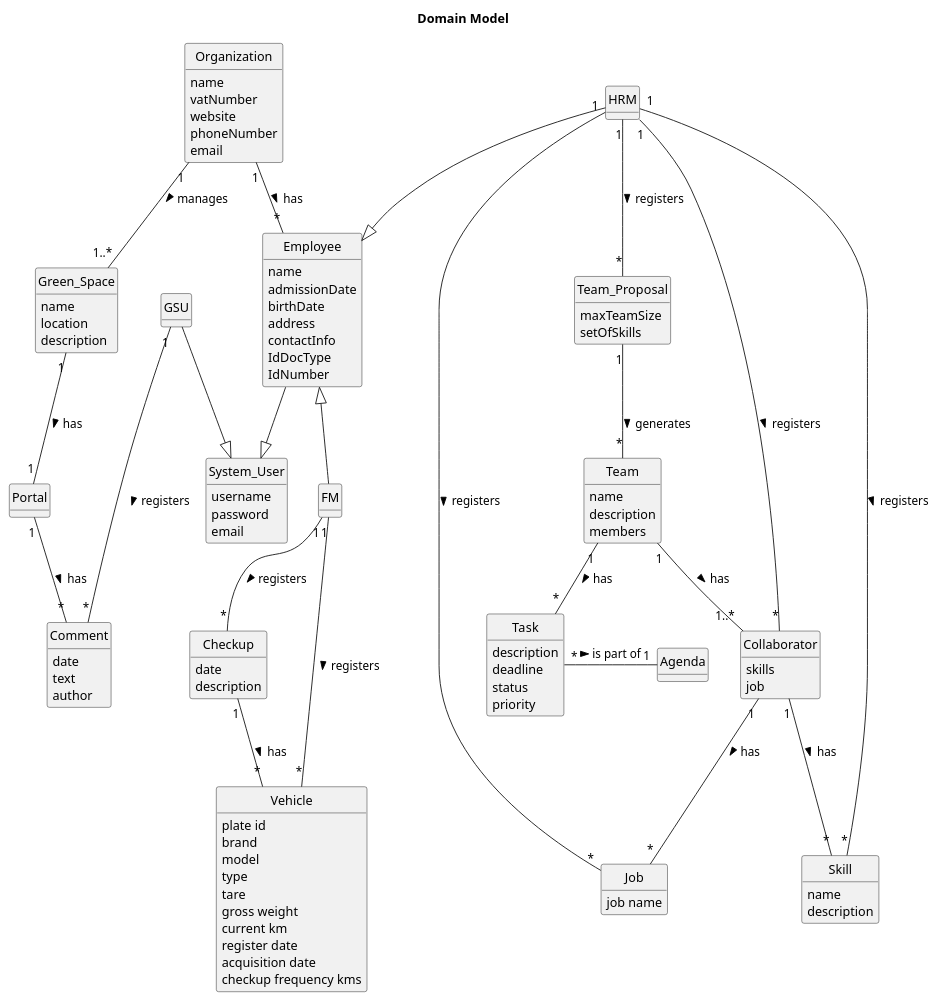
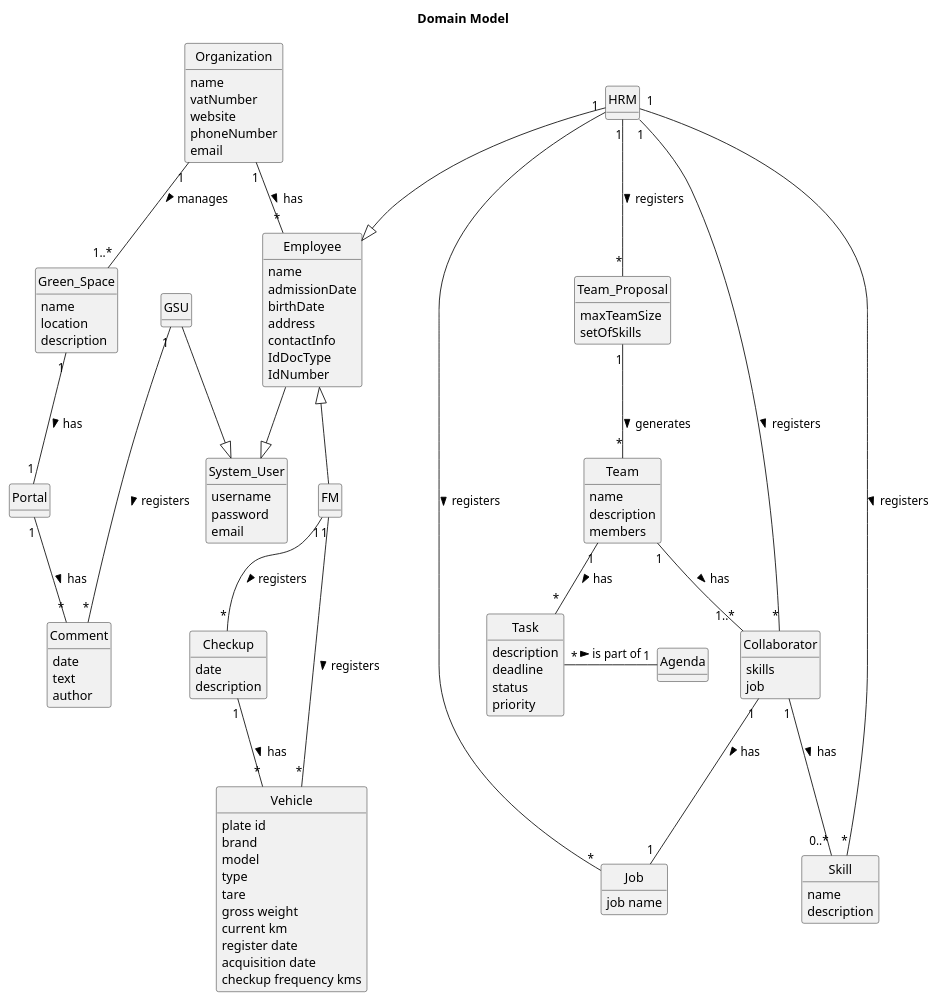
One commit to Rui-San/LAPR2_2023_2024 changed the diagram in docs/sprintA/global-artifacts/02.analysis/puml/project-domain-model.puml. Above: the diagram before and after it, drawn with PlantUML. The commit also changed 9 other files, not shown here.

```diff
--- a/docs/sprintA/global-artifacts/02.analysis/puml/project-domain-model.puml
+++ b/docs/sprintA/global-artifacts/02.analysis/puml/project-domain-model.puml
@@ -1,142 +1,142 @@
 @startuml
 skinparam monochrome true
 skinparam packageStyle rectangle
 skinparam shadowing false
 'skinparam linetype ortho
 'left to right direction
 skinparam classAttributeIconSize 0
 hide circle
 hide methods
 
 title Domain Model
 
 class Organization {
     name
     vatNumber
     website
     phoneNumber
     email
 }
 
 class Employee {
     name
     admissionDate
     birthDate
     address
     contactInfo
     IdDocType
     IdNumber
 }
 
 class HRM{
 
 }
 
 class FM{
 
 }
 
 class Collaborator{
     skills
     job
 }
 
 class Skill{
     name
     description
 }
 
 class Job{
     job name
 }
 
 class Vehicle{
     plate id
     brand
     model
     type
     tare
     gross weight
     current km
     register date
     acquisition date
     checkup frequency kms
 }
 
 class Checkup{
     date
     description
 }
 
 class Team_Proposal{
     maxTeamSize
     setOfSkills
 }
 
 class Team{
     name
     description
     members
 }
 
 class Agenda{
 
 }
 
 class Task{
     description
     deadline
     status
     priority
 }
 
 class System_User{
     username
     password
     email
 }
 
 class GSU{
 
 }
 
 class Portal{
 
 }
 
 class Comment{
     date
     text
     author
 }
 
 class Green_Space{
     name
     location
     description
 }
 
 Organization "1" -- "1..*" Green_Space : "manages >"
 Green_Space "1" -- "1" Portal : "has >"
 GSU --|> System_User
 Employee --|> System_User
 Organization "1" -- "*" Employee : "has >"
 HRM --|> Employee
 FM --up|> Employee
 HRM "1" -- "*" Job : "registers >"
 HRM "1" -- "*" Collaborator : "registers >"
 HRM "1" -- "*" Skill : "registers >"
-Collaborator "1" -- "*" Skill : "has >"
-Collaborator "1" -- "*" Job : "has >"
+Collaborator "1" -- "0..*" Skill : "has >"
+Collaborator "1" -- "1" Job : "has >"
 Checkup "1" -- "*" Vehicle : "has >"
 FM "1" -- "*" Vehicle : "registers >"
 FM "1" -- "*" Checkup : "registers >"
 HRM "1" -- "*" Team_Proposal : "registers >"
 Task "*" --right "1" Agenda : "is part of >"
 Team "1" -- "*" Task : "has >"
 Portal "1" -- "*" Comment : "has >"
 GSU "1" -- "*" Comment : "registers >"
 Team_Proposal "1" -- "*" Team : "generates >"
 Team "1" -- "1..*" Collaborator : "has >"
 
 @enduml
```
